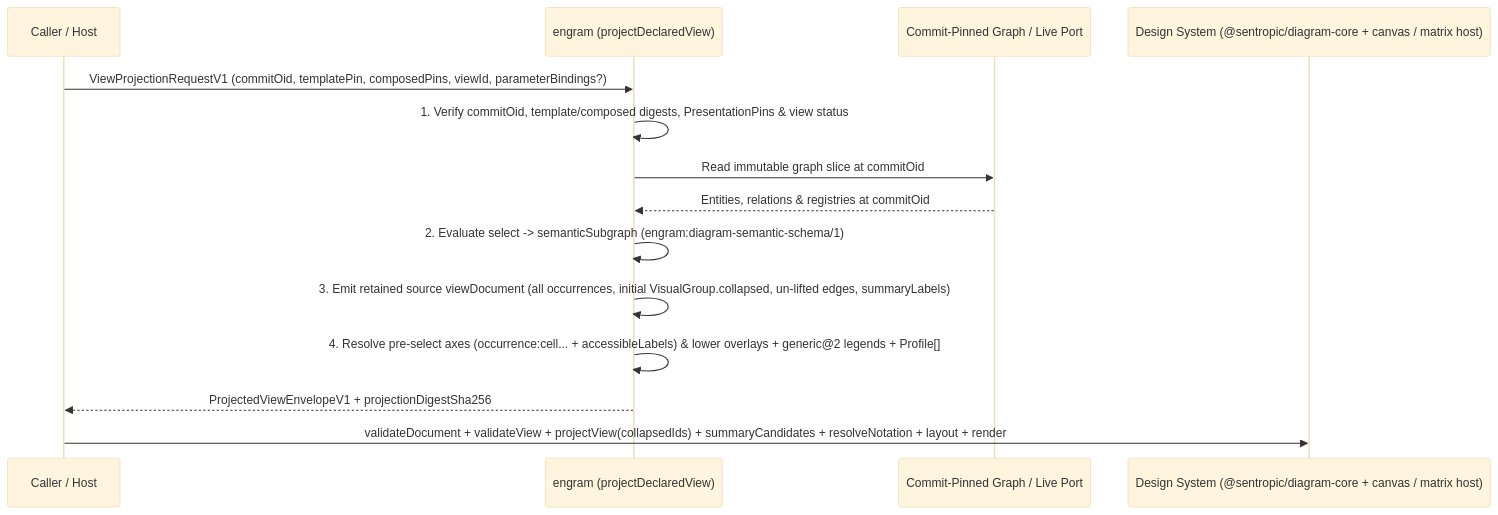
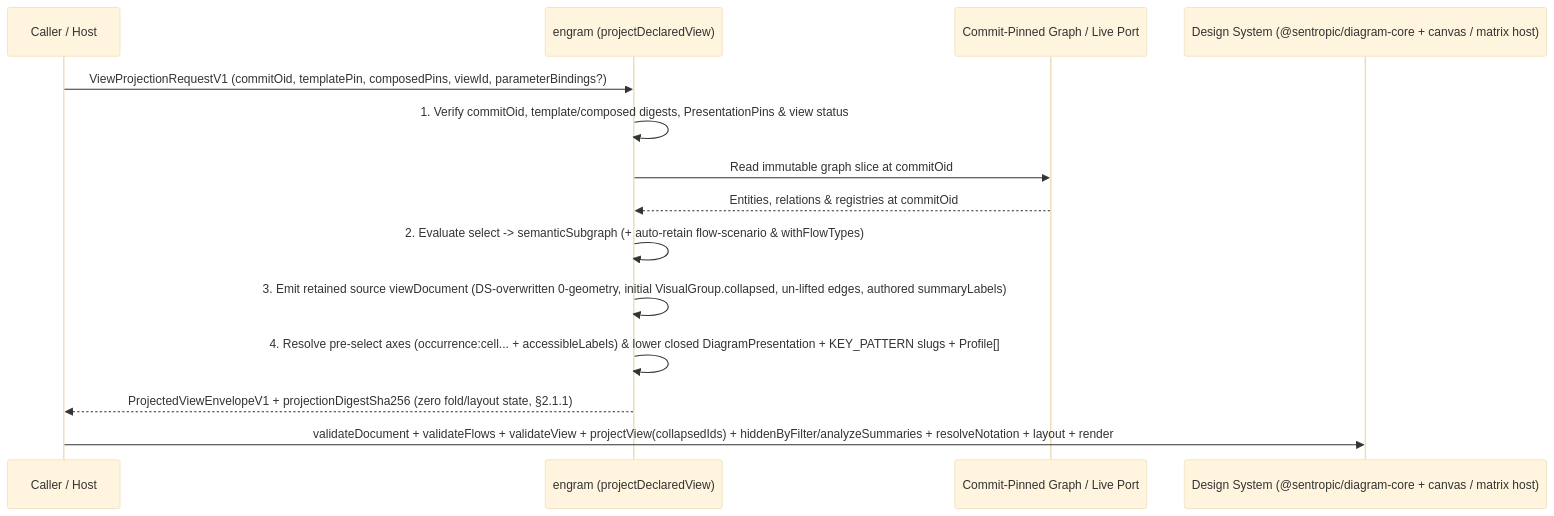
Before and after one commit to rhanka/engram: the diagram in spec/SPEC_ENGRAM_PROFILE_VIEW_MECHANISM.md, drawn with Mermaid (base theme). The commit also changed other lines of this file and 2 other files, not shown here.

First line of the commit message:
spec(ontology): view projection boundary and the DS re-check fold

````diff
--- a/spec/SPEC_ENGRAM_PROFILE_VIEW_MECHANISM.md
+++ b/spec/SPEC_ENGRAM_PROFILE_VIEW_MECHANISM.md
@@ -1032,17 +1076,17 @@
 ```mermaid
 sequenceDiagram
     participant Host as Caller / Host
     participant Engram as engram (projectDeclaredView)
     participant Store as Commit-Pinned Graph / Live Port
     participant DS as Design System (@sentropic/diagram-core + canvas / matrix host)
 
     Host->>Engram: ViewProjectionRequestV1 (commitOid, templatePin, composedPins, viewId, parameterBindings?)
     Engram->>Engram: 1. Verify commitOid, template/composed digests, PresentationPins & view status
     Engram->>Store: Read immutable graph slice at commitOid
     Store-->>Engram: Entities, relations & registries at commitOid
-    Engram->>Engram: 2. Evaluate select -> semanticSubgraph (engram:diagram-semantic-schema/1)
-    Engram->>Engram: 3. Emit retained source viewDocument (all occurrences, initial VisualGroup.collapsed, un-lifted edges, summaryLabels)
-    Engram->>Engram: 4. Resolve pre-select axes (occurrence:cell... + accessibleLabels) & lower overlays + generic@2 legends + Profile[]
-    Engram-->>Host: ProjectedViewEnvelopeV1 + projectionDigestSha256
-    Host->>DS: validateDocument + validateView + projectView(collapsedIds) + summaryCandidates + resolveNotation + layout + render
+    Engram->>Engram: 2. Evaluate select -> semanticSubgraph (+ auto-retain flow-scenario & withFlowTypes)
+    Engram->>Engram: 3. Emit retained source viewDocument (DS-overwritten 0-geometry, initial VisualGroup.collapsed, un-lifted edges, authored summaryLabels)
+    Engram->>Engram: 4. Resolve pre-select axes (occurrence:cell... + accessibleLabels) & lower closed DiagramPresentation + KEY_PATTERN slugs + Profile[]
+    Engram-->>Host: ProjectedViewEnvelopeV1 + projectionDigestSha256 (zero fold/layout state, §2.1.1)
+    Host->>DS: validateDocument + validateFlows + validateView + projectView(collapsedIds) + hiddenByFilter/analyzeSummaries + resolveNotation + layout + render
 ```
````
